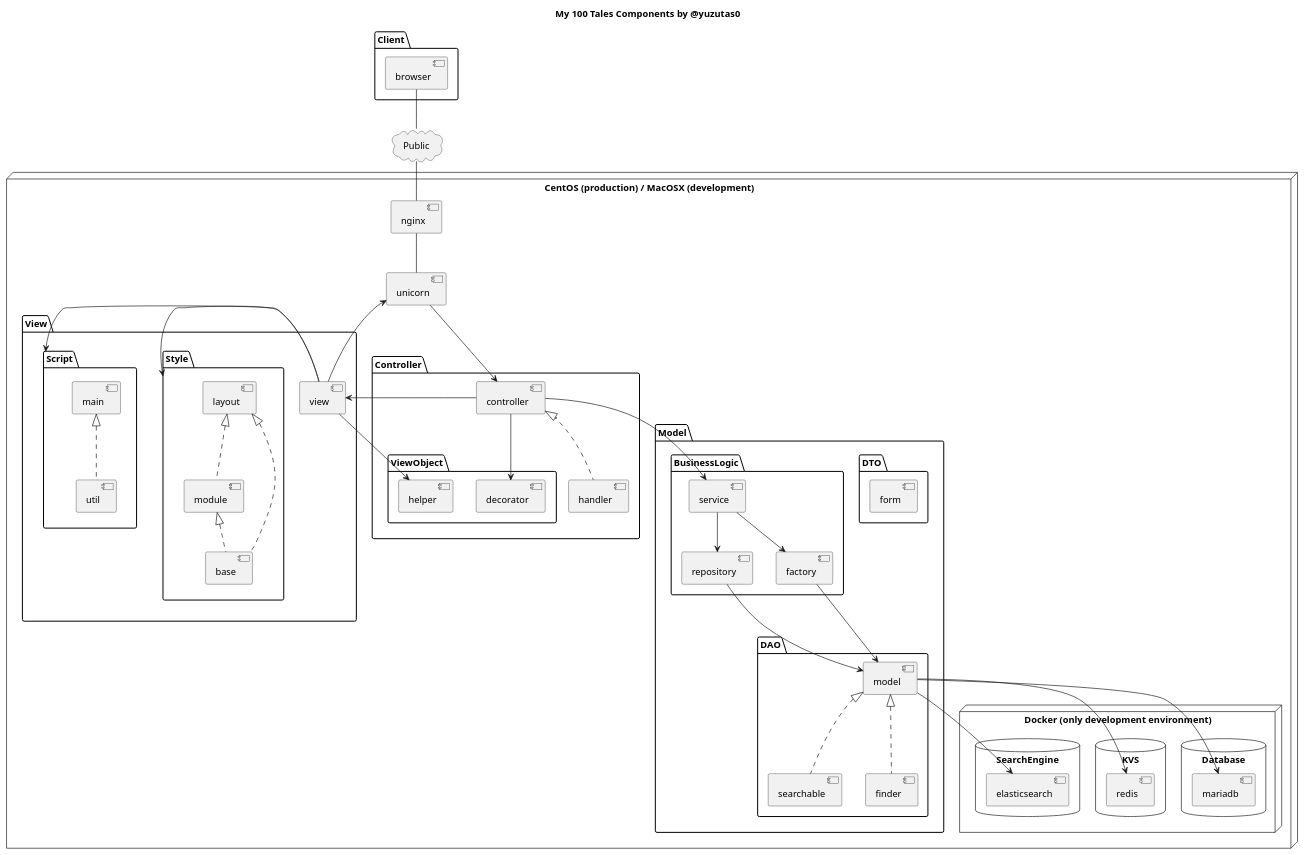
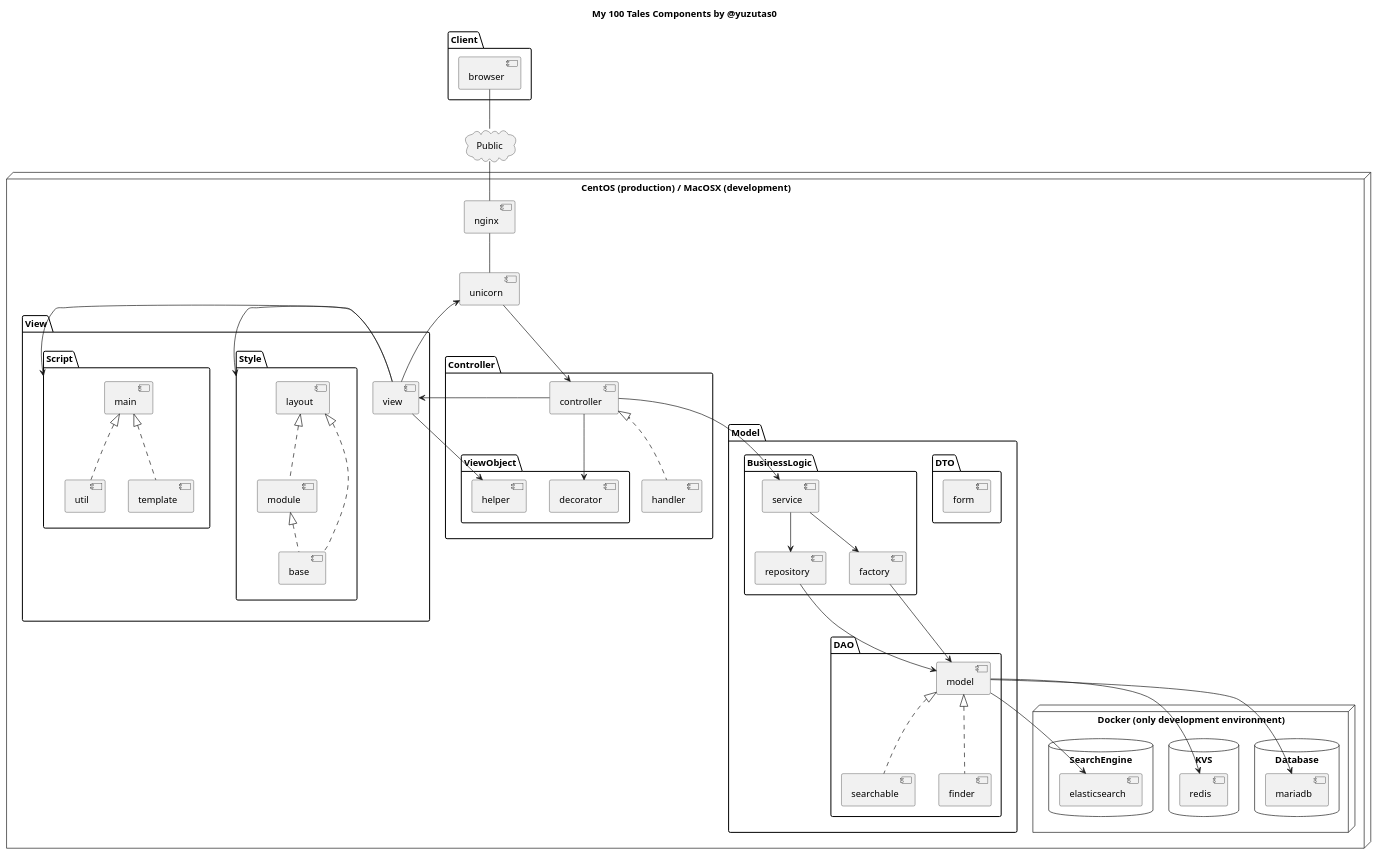
Before and after one commit to yuzutas0/my100tales: the diagram in docs/components.puml, drawn with PlantUML. The commit also changed 6 other files, not shown here.

```diff
--- a/docs/components.puml
+++ b/docs/components.puml
@@ -9,81 +9,82 @@
 @startuml
 
 title My 100 Tales Components by @yuzutas0
 
 package "Client" {
   [browser]
 }
 
 cloud Public {
   browser -- Public
 }
 
 node "CentOS (production) / MacOSX (development)" {
   Public -- [nginx]
   nginx -- [unicorn]
 
   package "View" {
     [view] -> unicorn
 
     package "Style" {
       view -> Style
       [layout] <|.. [module]
       layout <|.. [base]
       module <|.. base
     }
 
     package "Script" {
       view -> Script
       [main] <|.. [util]
+      [main] <|.. [template]
     }
   }
 
   package "Controller" {
     unicorn --> [controller]
     controller --> view
     controller <|.. [handler]
 
     package "ViewObject" {
       view --> [helper]
       controller --> [decorator]
     }
   }
 
   package "Model" {
 
     package "DTO" {
       [form]
     }
 
     package "BusinessLogic" {
       controller --> [service]
       service --> [repository]
       service --> [factory]
     }
 
     package "DAO" {
       [model]
       model <|.. [searchable]
       model <|.. [finder]
       factory --> model
       repository --> model
     }
   }
 
   node "Docker (only development environment)" {
 
     database "Database" {
       model --> [mariadb]
     }
 
     database "KVS" {
       model --> [redis]
     }
 
     database "SearchEngine" {
       model --> [elasticsearch]
     }
   }
 }
 
 @enduml
```
